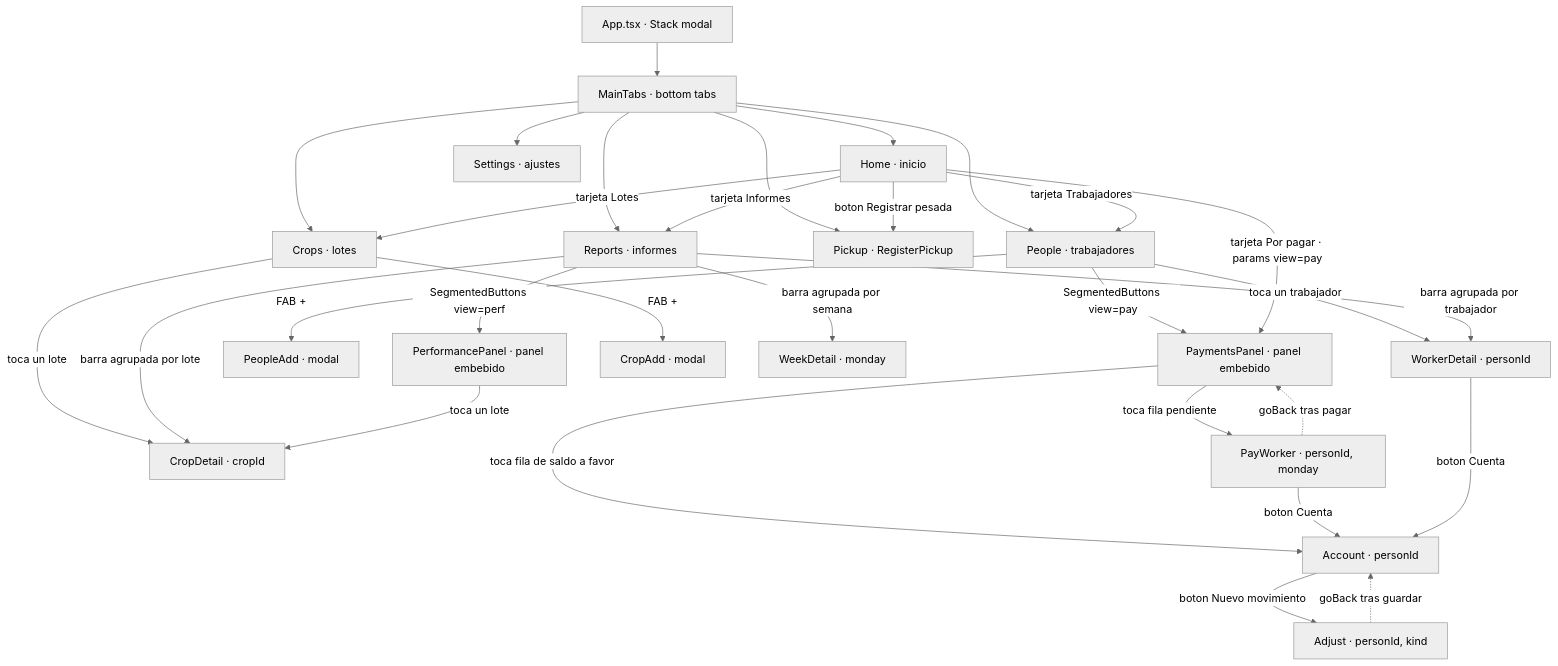
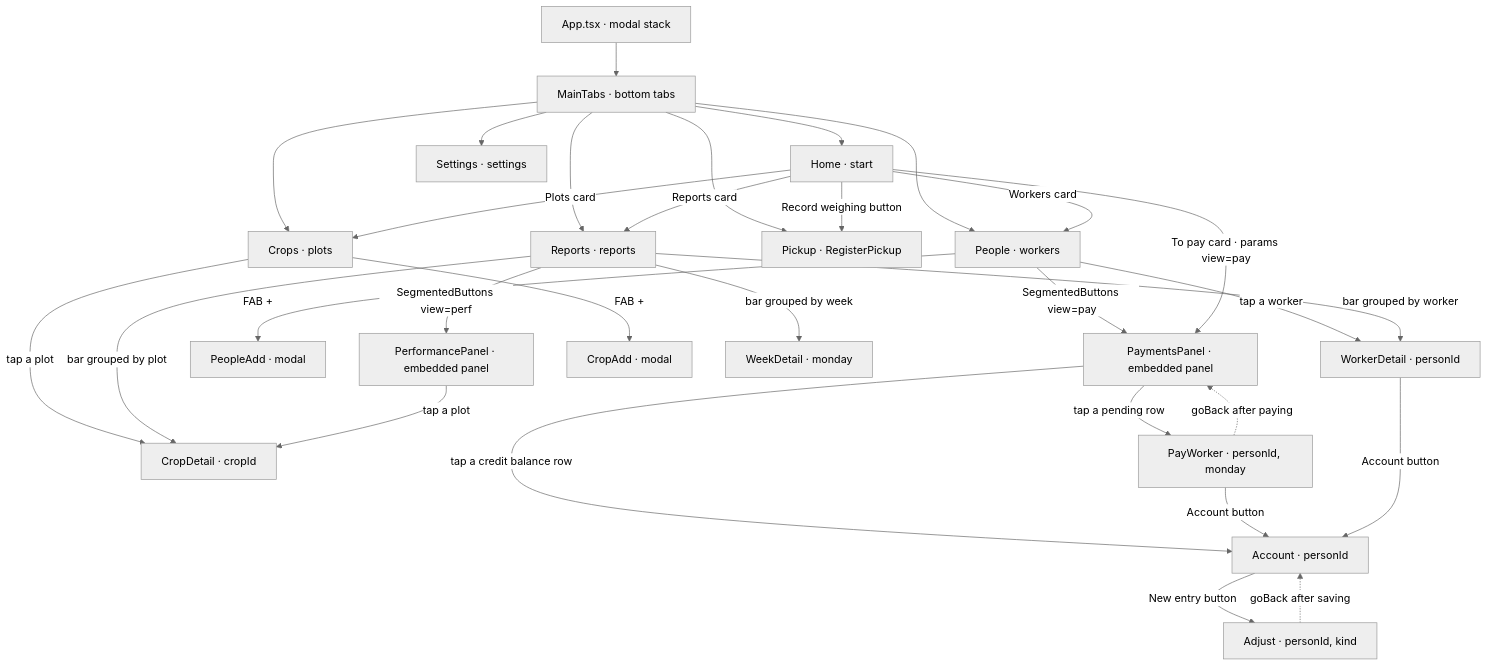
Before and after one commit to ojardila/bascula: the third of 7 diagrams in docs/diagramas/movil.md, drawn with Mermaid (neutral theme). The commit also changed other lines of this file and 25 other files, not shown here.

````diff
--- a/docs/diagramas/movil.md
+++ b/docs/diagramas/movil.md
@@ -415,40 +415,40 @@
 ```mermaid
 graph TD
-    Root["App.tsx · Stack modal"]
+    Root["App.tsx · modal stack"]
     Root --> Tabs["MainTabs · bottom tabs"]
 
-    Tabs --> Home["Home · inicio"]
-    Tabs --> PeopleT["People · trabajadores"]
-    Tabs --> CropsT["Crops · lotes"]
+    Tabs --> Home["Home · start"]
+    Tabs --> PeopleT["People · workers"]
+    Tabs --> CropsT["Crops · plots"]
     Tabs --> PickupT["Pickup · RegisterPickup"]
-    Tabs --> ReportsT["Reports · informes"]
-    Tabs --> SettingsT["Settings · ajustes"]
+    Tabs --> ReportsT["Reports · reports"]
+    Tabs --> SettingsT["Settings · settings"]
 
-    PeopleT -->|"SegmentedButtons view=pay"| PayPanel["PaymentsPanel · panel embebido"]
-    ReportsT -->|"SegmentedButtons view=perf"| PerfPanel["PerformancePanel · panel embebido"]
+    PeopleT -->|"SegmentedButtons view=pay"| PayPanel["PaymentsPanel · embedded panel"]
+    ReportsT -->|"SegmentedButtons view=perf"| PerfPanel["PerformancePanel · embedded panel"]
 
-    Home -->|"tarjeta Trabajadores"| PeopleT
-    Home -->|"tarjeta Lotes"| CropsT
-    Home -->|"tarjeta Informes"| ReportsT
-    Home -->|"tarjeta Por pagar · params view=pay"| PayPanel
-    Home -->|"boton Registrar pesada"| PickupT
+    Home -->|"Workers card"| PeopleT
+    Home -->|"Plots card"| CropsT
+    Home -->|"Reports card"| ReportsT
+    Home -->|"To pay card · params view=pay"| PayPanel
+    Home -->|"Record weighing button"| PickupT
 
     PeopleT -->|"FAB +"| PeopleAdd["PeopleAdd · modal"]
-    PeopleT -->|"toca un trabajador"| WorkerDetail["WorkerDetail · personId"]
+    PeopleT -->|"tap a worker"| WorkerDetail["WorkerDetail · personId"]
     CropsT -->|"FAB +"| CropAdd["CropAdd · modal"]
-    CropsT -->|"toca un lote"| CropDetail["CropDetail · cropId"]
+    CropsT -->|"tap a plot"| CropDetail["CropDetail · cropId"]
 
-    PayPanel -->|"toca fila pendiente"| PayWorker["PayWorker · personId, monday"]
-    PayPanel -->|"toca fila de saldo a favor"| Account["Account · personId"]
-    PayWorker -->|"boton Cuenta"| Account
-    WorkerDetail -->|"boton Cuenta"| Account
-    Account -->|"boton Nuevo movimiento"| Adjust["Adjust · personId, kind"]
+    PayPanel -->|"tap a pending row"| PayWorker["PayWorker · personId, monday"]
+    PayPanel -->|"tap a credit balance row"| Account["Account · personId"]
+    PayWorker -->|"Account button"| Account
+    WorkerDetail -->|"Account button"| Account
+    Account -->|"New entry button"| Adjust["Adjust · personId, kind"]
 
-    ReportsT -->|"barra agrupada por semana"| WeekDetail["WeekDetail · monday"]
-    ReportsT -->|"barra agrupada por trabajador"| WorkerDetail
-    ReportsT -->|"barra agrupada por lote"| CropDetail
-    PerfPanel -->|"toca un lote"| CropDetail
+    ReportsT -->|"bar grouped by week"| WeekDetail["WeekDetail · monday"]
+    ReportsT -->|"bar grouped by worker"| WorkerDetail
+    ReportsT -->|"bar grouped by plot"| CropDetail
+    PerfPanel -->|"tap a plot"| CropDetail
 
-    Adjust -.->|"goBack tras guardar"| Account
-    PayWorker -.->|"goBack tras pagar"| PayPanel
+    Adjust -.->|"goBack after saving"| Account
+    PayWorker -.->|"goBack after paying"| PayPanel
 ```
````
